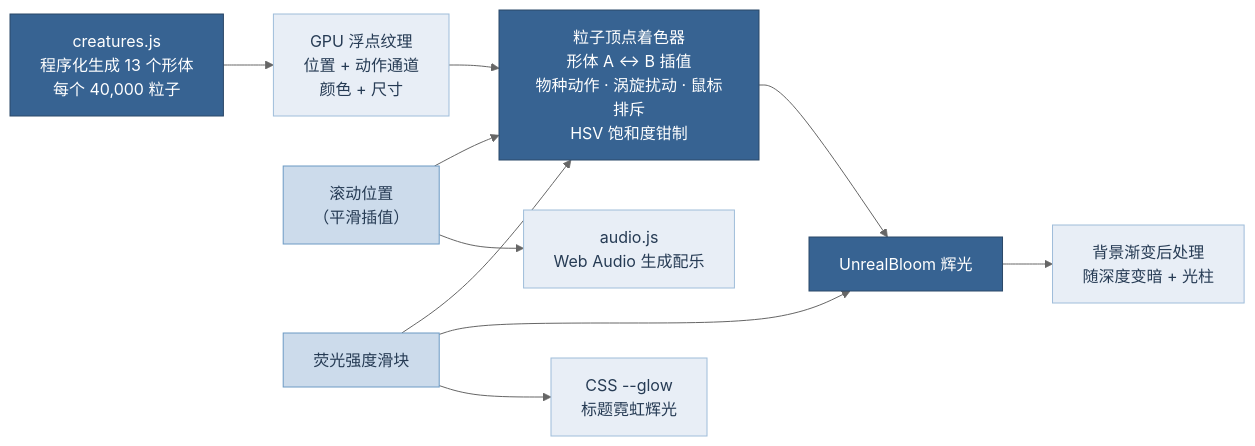
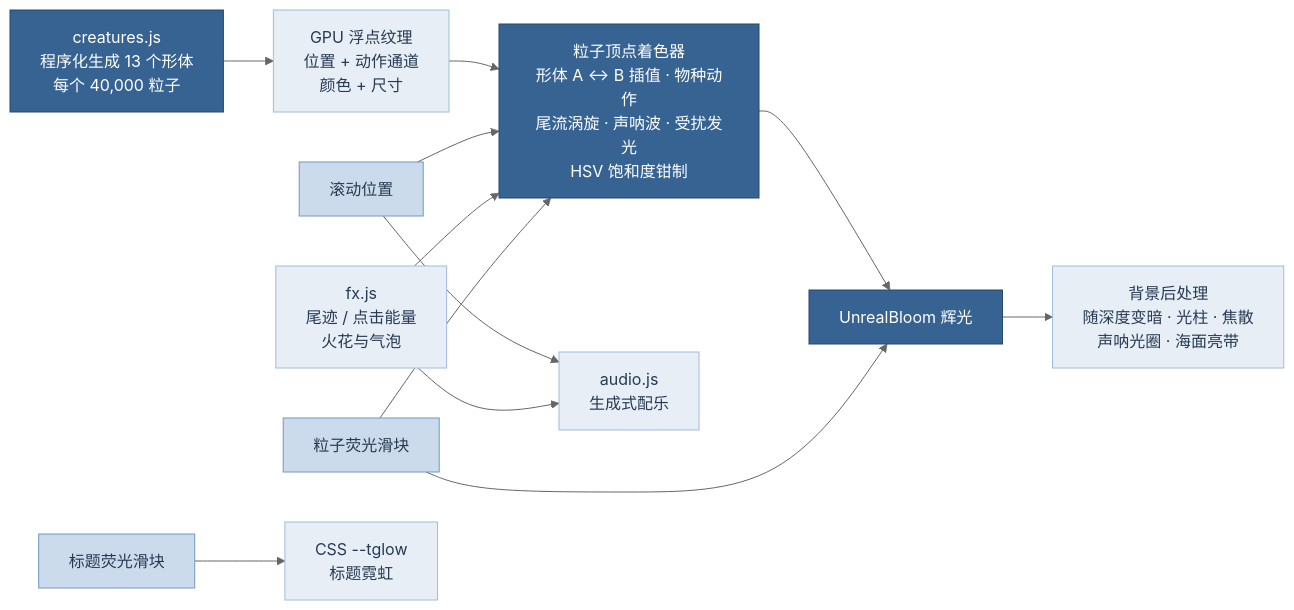
One commit to neuronbeyondzkl-alt/claude-beyondzkl changed the diagram in README.md. Above: the diagram before and after it, drawn with Mermaid (neutral theme). The commit also changed other lines of this file and 19 other files, not shown here.

````diff
--- a/README.md
+++ b/README.md
@@ -37,19 +51,21 @@
 ```mermaid
 flowchart LR
   A["creatures.js<br/>程序化生成 13 个形体<br/>每个 40,000 粒子"] --> B["GPU 浮点纹理<br/>位置 + 动作通道<br/>颜色 + 尺寸"]
-  B --> C["粒子顶点着色器<br/>形体 A ↔ B 插值<br/>物种动作 · 涡旋扰动 · 鼠标排斥<br/>HSV 饱和度钳制"]
-  D["滚动位置<br/>（平滑插值）"] --> C
-  C --> E["UnrealBloom 辉光"]
-  E --> F["背景渐变后处理<br/>随深度变暗 + 光柱"]
-  G["荧光强度滑块"] --> C
-  G --> E
-  G --> H["CSS --glow<br/>标题霓虹辉光"]
-  D --> I["audio.js<br/>Web Audio 生成配乐"]
+  B --> C["粒子顶点着色器<br/>形体 A ↔ B 插值 · 物种动作<br/>尾流涡旋 · 声呐波 · 受扰发光<br/>HSV 饱和度钳制"]
+  D["滚动位置"] --> C
+  E["fx.js<br/>尾迹 / 点击能量<br/>火花与气泡"] --> C
+  C --> F["UnrealBloom 辉光"]
+  F --> G["背景后处理<br/>随深度变暗 · 光柱 · 焦散<br/>声呐光圈 · 海面亮带"]
+  H["粒子荧光滑块"] --> C
+  H --> F
+  I["标题荧光滑块"] --> J["CSS --tglow<br/>标题霓虹"]
+  D --> K["audio.js<br/>生成式配乐"]
+  E --> K
 
   classDef core fill:#376392,stroke:#2B4868,color:#FFFFFF
   classDef data fill:#E8EEF6,stroke:#9FBDDA,color:#263B54
   classDef io fill:#CCDBEB,stroke:#6C9AC4,color:#263B54
-  class A,C,E core
-  class B,F,H,I data
-  class D,G io
+  class A,C,F core
+  class B,E,G,J,K data
+  class D,H,I io
 ```
````
